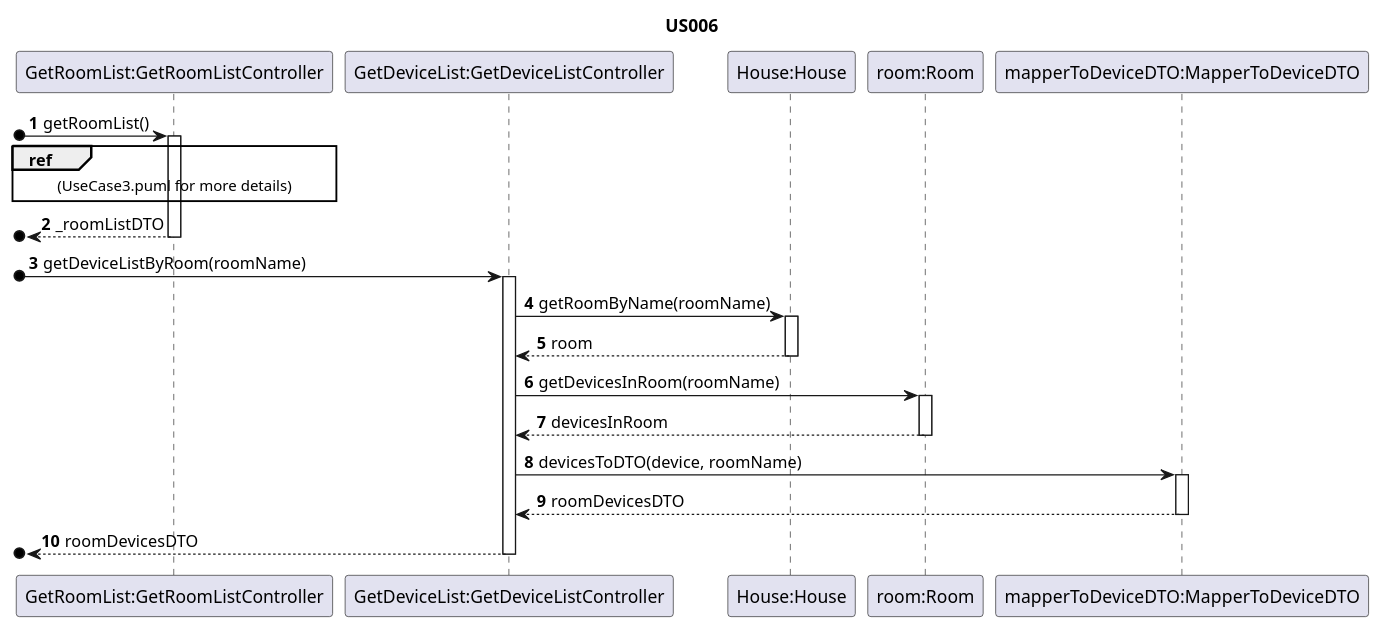
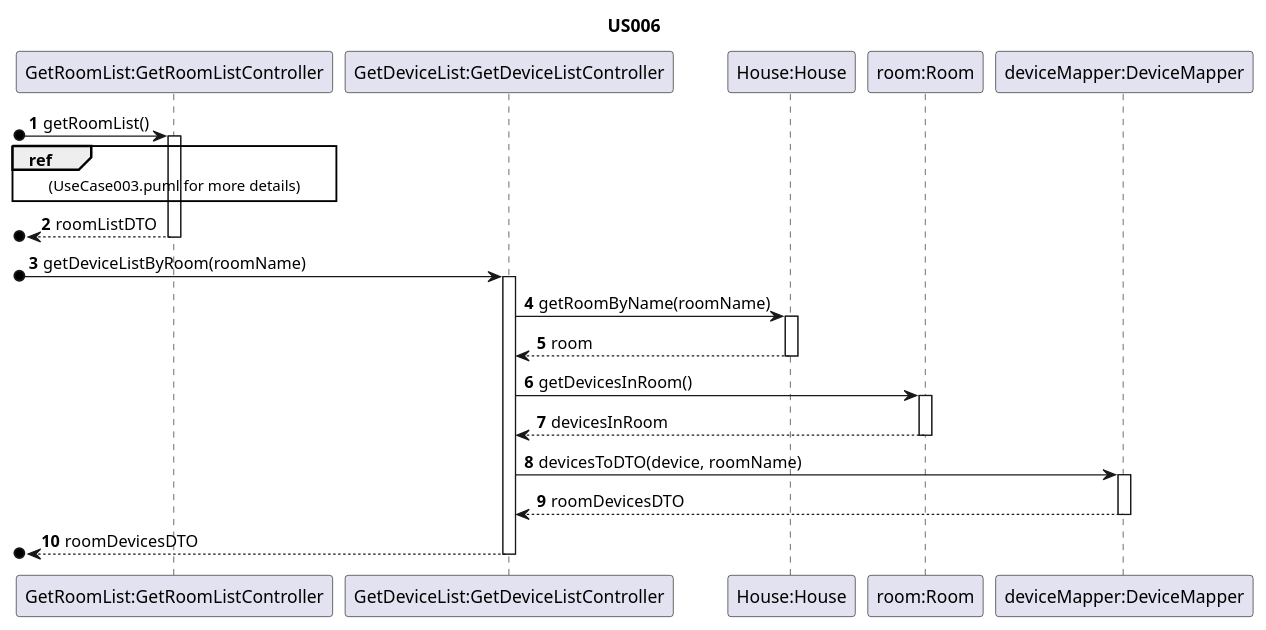
One commit to ozepedrorodrigues/projetoIntermedio changed the diagram in projetoIntermedio/docs/sequence/UserStory006.puml. Above: the diagram before and after it, drawn with PlantUML. The commit also changed 18 other files, not shown here.

```diff
--- a/projetoIntermedio/docs/sequence/UserStory006.puml
+++ b/projetoIntermedio/docs/sequence/UserStory006.puml
@@ -1,40 +1,40 @@
 @startuml
 'https://plantuml.com/sequence-diagram
 
 autonumber
 
 title US006
 /'
 As a Room Owner [or Power User, or Administrator], I want to get a list of all
 devices in a room, so that I can configure them.
 '/
 
 Participant "GetRoomList:GetRoomListController" as G
 Participant "GetDeviceList:GetDeviceListController" as G1
 Participant "House:House" as H
 Participant "room:Room" as R
-Participant "mapperToDeviceDTO:MapperToDeviceDTO" as M
+Participant "deviceMapper:DeviceMapper" as M
 
 [o->G : getRoomList()
 activate G
-ref over G : (UseCase3.puml for more details)
-[o<--G : _roomListDTO
+ref over G : (UseCase003.puml for more details)
+[o<--G : roomListDTO
 deactivate G
 [o->G1 : getDeviceListByRoom(roomName)
 activate G1
 G1->H : getRoomByName(roomName)
 activate H
 H-->G1: room
 deactivate H
-G1->R : getDevicesInRoom(roomName)
+G1->R : getDevicesInRoom()
 activate R
 R-->G1: devicesInRoom
 deactivate R
 G1->M : devicesToDTO(device, roomName)
 activate M
 M-->G1 : roomDevicesDTO
 deactivate M
 [o<--G1 : roomDevicesDTO
 deactivate G1
 
 @enduml
```
